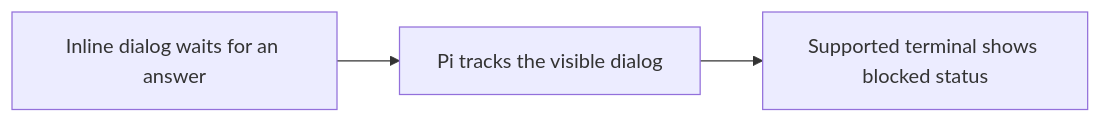
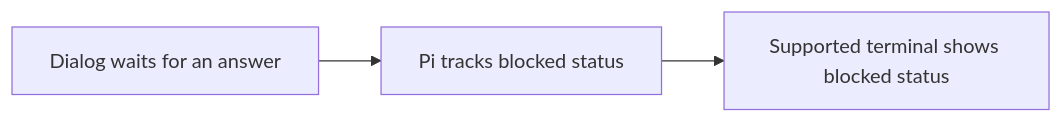
Before and after one commit to HenryQW/pi-harness: the diagram in .agents/skills/pi-extension-workbench/references/ui-and-modes.md, drawn with Mermaid. The commit also changed other lines of this file and 27 other files, not shown here.

````diff
--- a/.agents/skills/pi-extension-workbench/references/ui-and-modes.md
+++ b/.agents/skills/pi-extension-workbench/references/ui-and-modes.md
@@ -58,5 +62,5 @@
 ```mermaid
 flowchart LR
-  A[Inline dialog waits for an answer] --> B[Pi tracks the visible dialog]
+  A[Dialog waits for an answer] --> B[Pi tracks blocked status]
   B --> C[Supported terminal shows blocked status]
 ```
````
